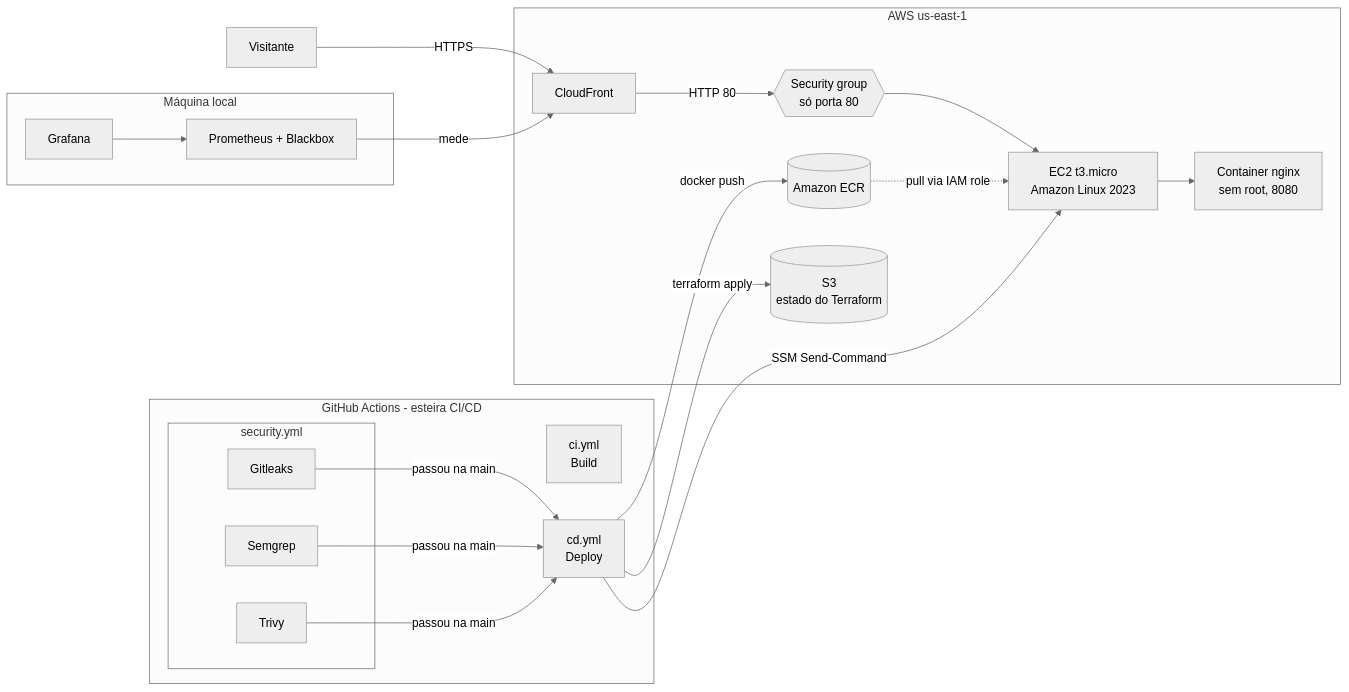
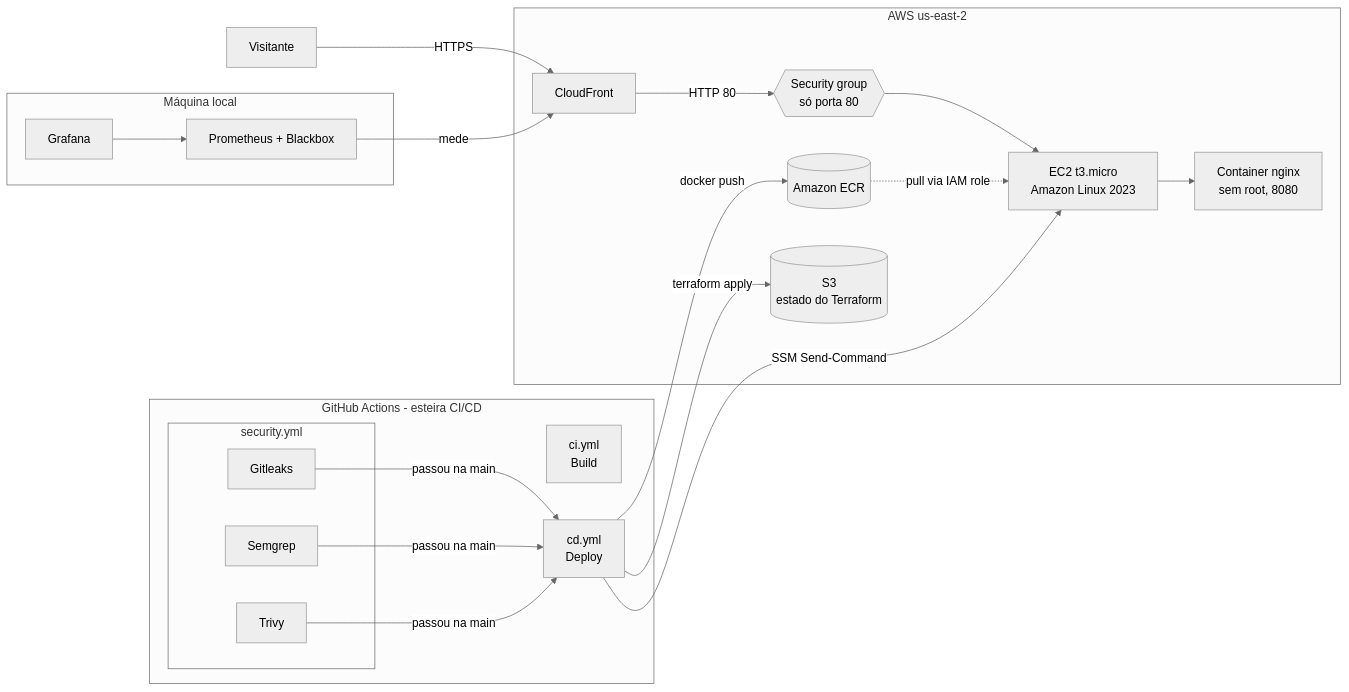
The diagram in README.md (kaikyalvaro1708/inclui-gs), drawn with Mermaid (neutral theme) before and after one commit. The commit also changed other lines of this file and 5 other files, not shown here.

````diff
--- a/README.md
+++ b/README.md
@@ -28,27 +28,27 @@
 ```mermaid
 flowchart LR
     V[Visitante] -- HTTPS --> CF[CloudFront]
-    subgraph AWS us-east-1
+    subgraph AWS us-east-2
         CF -- HTTP 80 --> SG{{Security group<br/>só porta 80}}
         SG --> EC2[EC2 t3.micro<br/>Amazon Linux 2023]
         EC2 --> C[Container nginx<br/>sem root, 8080]
         ECR[(Amazon ECR)] -. pull via IAM role .-> EC2
         S3[(S3<br/>estado do Terraform)]
     end
     subgraph "GitHub Actions - esteira CI/CD"
         CI[ci.yml<br/>Build]
         subgraph security.yml
             GL[Gitleaks]
             SG2[Semgrep]
             T[Trivy]
         end
         GL & SG2 & T -- passou na main --> D[cd.yml<br/>Deploy]
     end
     D -- terraform apply --> S3
     D -- docker push --> ECR
     D -- SSM Send-Command --> EC2
     subgraph Máquina local
         P[Prometheus + Blackbox] -- mede --> CF
         G[Grafana] --> P
     end
 ```
````
